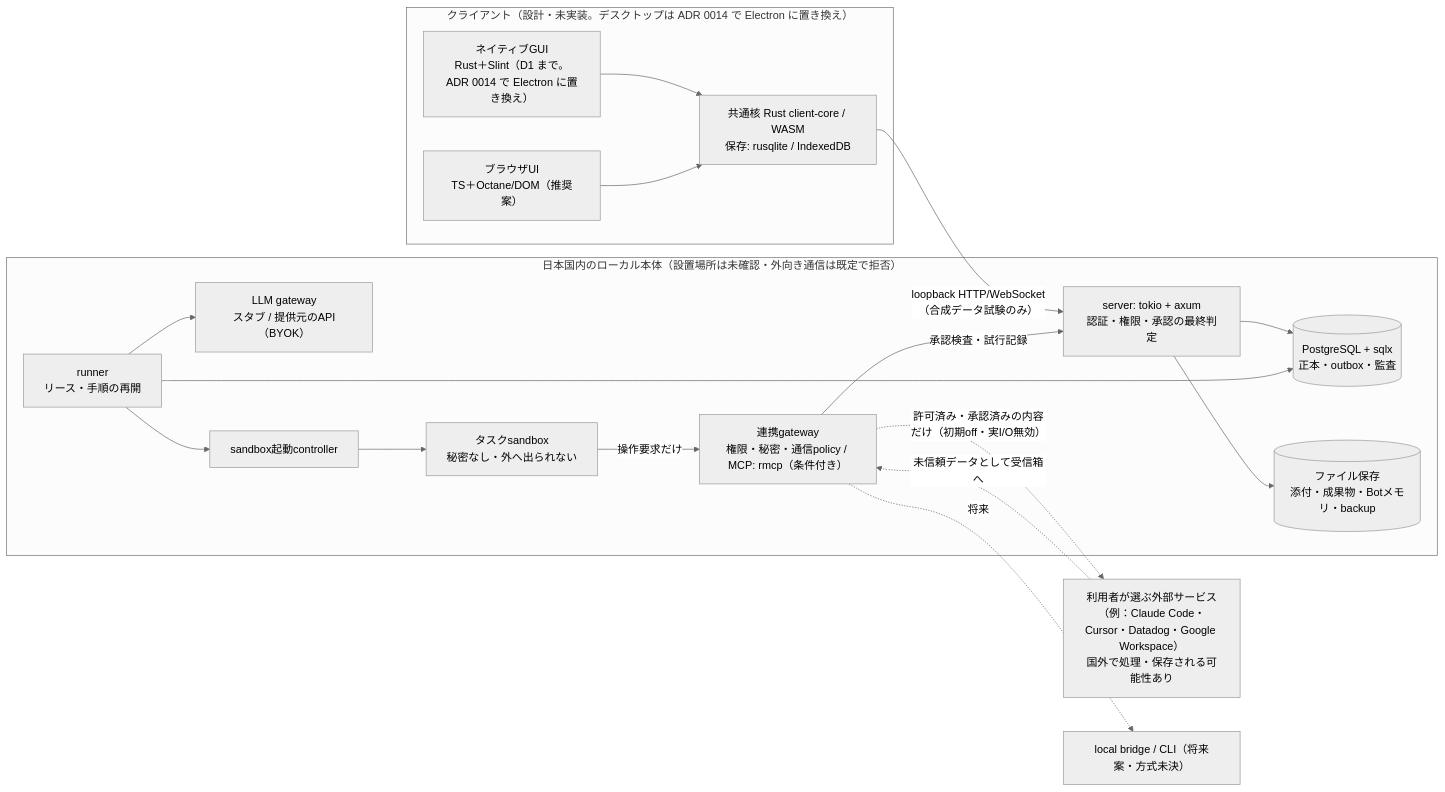
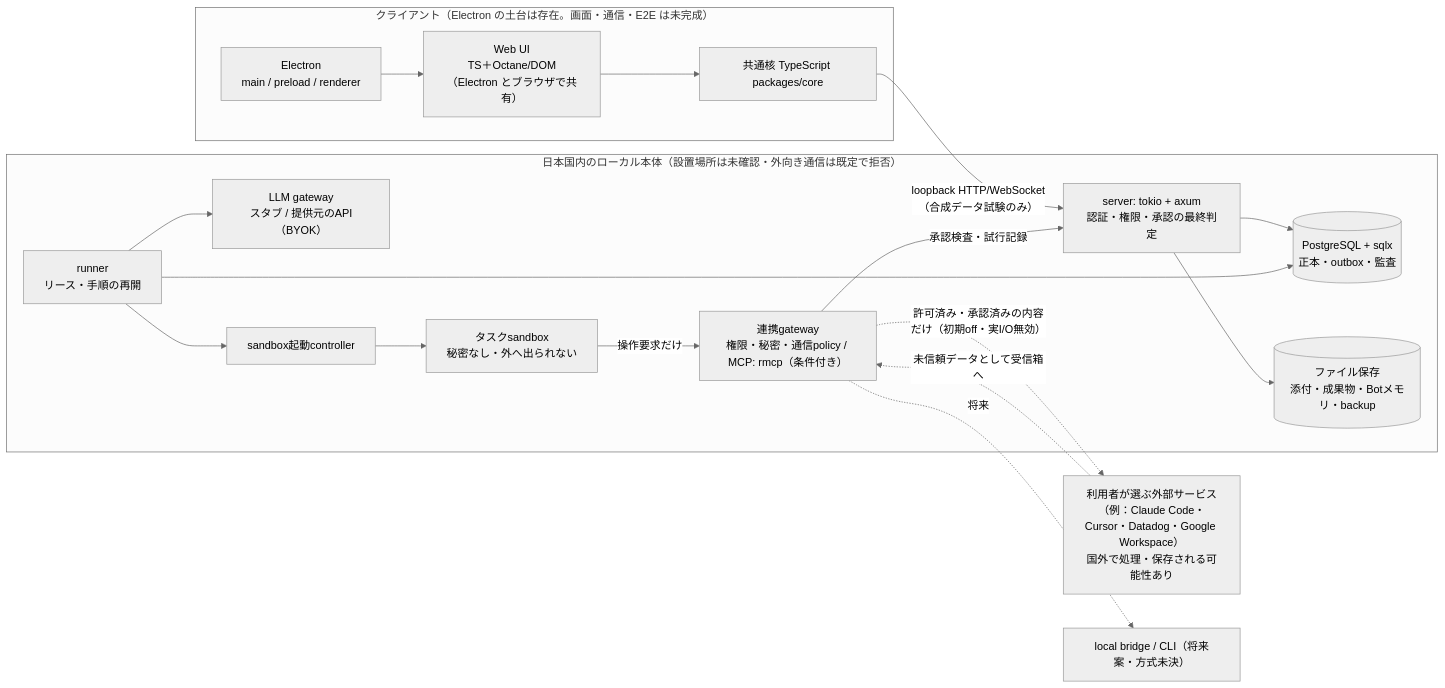
The first of 2 diagrams in docs/architecture-v0.7.md (hatai/Pelway), drawn with Mermaid (neutral theme) before and after one commit. The commit also changed other lines of this file and 19 other files, not shown here.

````diff
--- a/docs/architecture-v0.7.md
+++ b/docs/architecture-v0.7.md
@@ -11,33 +11,33 @@
 ```mermaid
 flowchart LR
- subgraph CL["クライアント（設計・未実装。デスクトップは ADR 0014 で Electron に置き換え）"]
-  GUI["ネイティブGUI<br/>Rust＋Slint（D1 まで。ADR 0014 で Electron に置き換え）"]
-  WEB["ブラウザUI<br/>TS＋Octane/DOM（推奨案）"]
-  CORE["共通核 Rust client-core / WASM<br/>保存: rusqlite / IndexedDB"]
+ subgraph CL["クライアント（Electron の土台は存在。画面・通信・E2E は未完成）"]
+  GUI["Electron<br/>main / preload / renderer"]
+  WEB["Web UI<br/>TS＋Octane/DOM（Electron とブラウザで共有）"]
+  CORE["共通核 TypeScript packages/core"]
  end
  subgraph JP["日本国内のローカル本体（設置場所は未確認・外向き通信は既定で拒否）"]
   API["server: tokio + axum<br/>認証・権限・承認の最終判定"]
   DB[("PostgreSQL + sqlx<br/>正本・outbox・監査")]
   FILE[("ファイル保存<br/>添付・成果物・Botメモリ・backup")]
   RUN["runner<br/>リース・手順の再開"]
   LLM["LLM gateway<br/>スタブ / 提供元のAPI（BYOK）"]
   CTRL["sandbox起動controller"]
   SB["タスクsandbox<br/>秘密なし・外へ出られない"]
   GW["連携gateway<br/>権限・秘密・通信policy / MCP: rmcp（条件付き）"]
  end
  EXT["利用者が選ぶ外部サービス（例：Claude Code・Cursor・Datadog・Google Workspace）<br/>国外で処理・保存される可能性あり"]
  BR["local bridge / CLI（将来案・方式未決）"]
- GUI --> CORE
+ GUI --> WEB
  WEB --> CORE
  CORE -->|"loopback HTTP/WebSocket<br/>（合成データ試験のみ）"| API
  API --> DB
  API --> FILE
  RUN --> DB
  RUN --> LLM
  RUN --> CTRL --> SB
  SB -->|"操作要求だけ"| GW
  GW -->|"承認検査・試行記録"| API
  GW -.->|"許可済み・承認済みの内容だけ（初期off・実I/O無効）"| EXT
  GW -.->|"将来"| BR
  EXT -.->|"未信頼データとして受信箱へ"| GW
 ```
````
